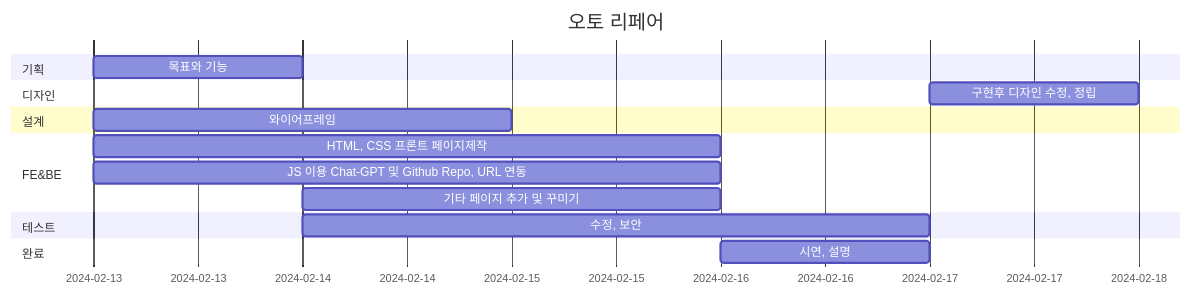
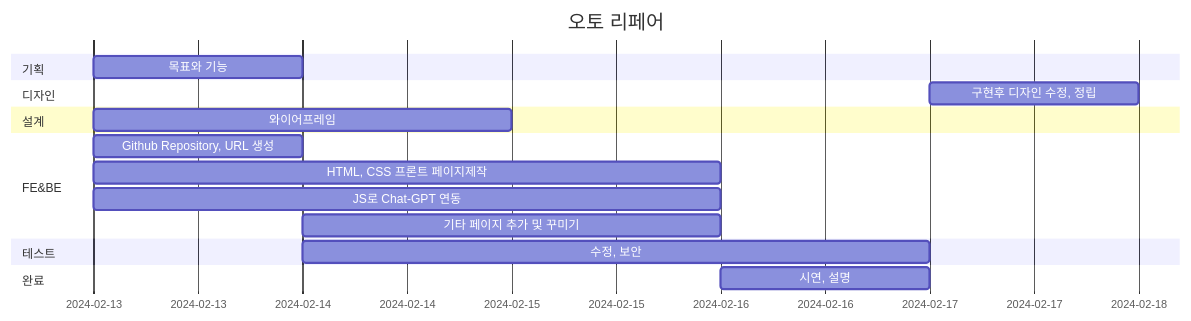
The second of 7 diagrams in README.md (SungjaeS/auto_repair), drawn with Mermaid before and after one commit.

````diff
--- a/README.md
+++ b/README.md
@@ -293,19 +293,20 @@
 ```mermaid
 gantt
     title 오토 리페어
     dateFormat  YYYY-MM-DD
     section 기획
     목표와 기능       :         2024-02-13, 1d
     section 디자인
     구현후 디자인 수정, 정립       :         2024-02-17, 1d
     section 설계
     와이어프레임           :         2024-02-13, 2d
     section FE&BE
+    Github Repository, URL 생성 	:         2024-02-13, 1d
     HTML, CSS 프론트 페이지제작      :         2024-02-13, 3d
-    JS 이용 Chat-GPT 및 Github Repo, URL 연동           :         2024-02-13, 3d
+    JS로 Chat-GPT 연동           :         2024-02-13, 3d
     기타 페이지 추가 및 꾸미기 :         2024-02-14, 2d
     section 테스트
     수정, 보안                     :         2024-02-14, 3d
     section 완료
     시연, 설명               :         2024-02-16, 1d
 ```
````
